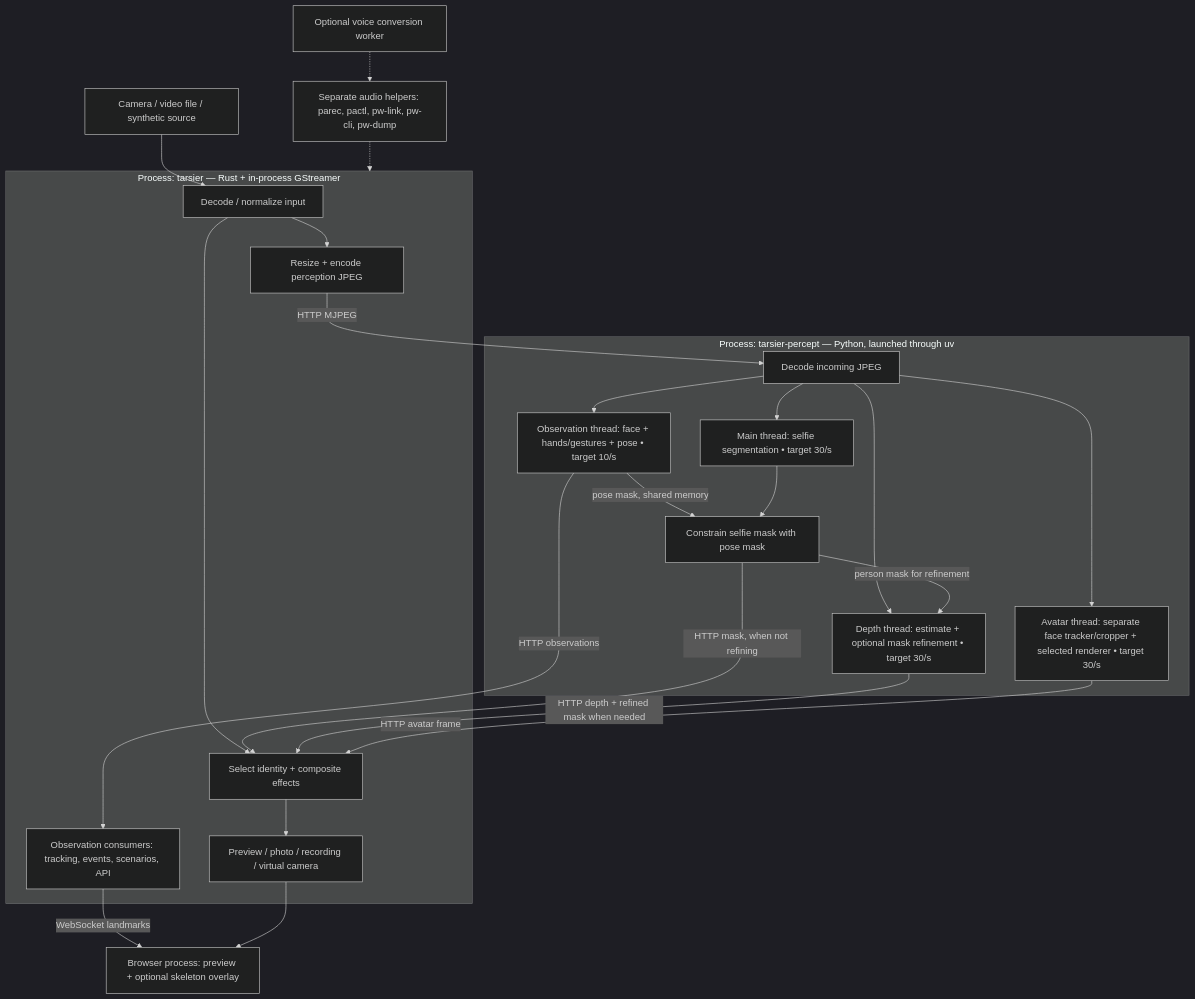
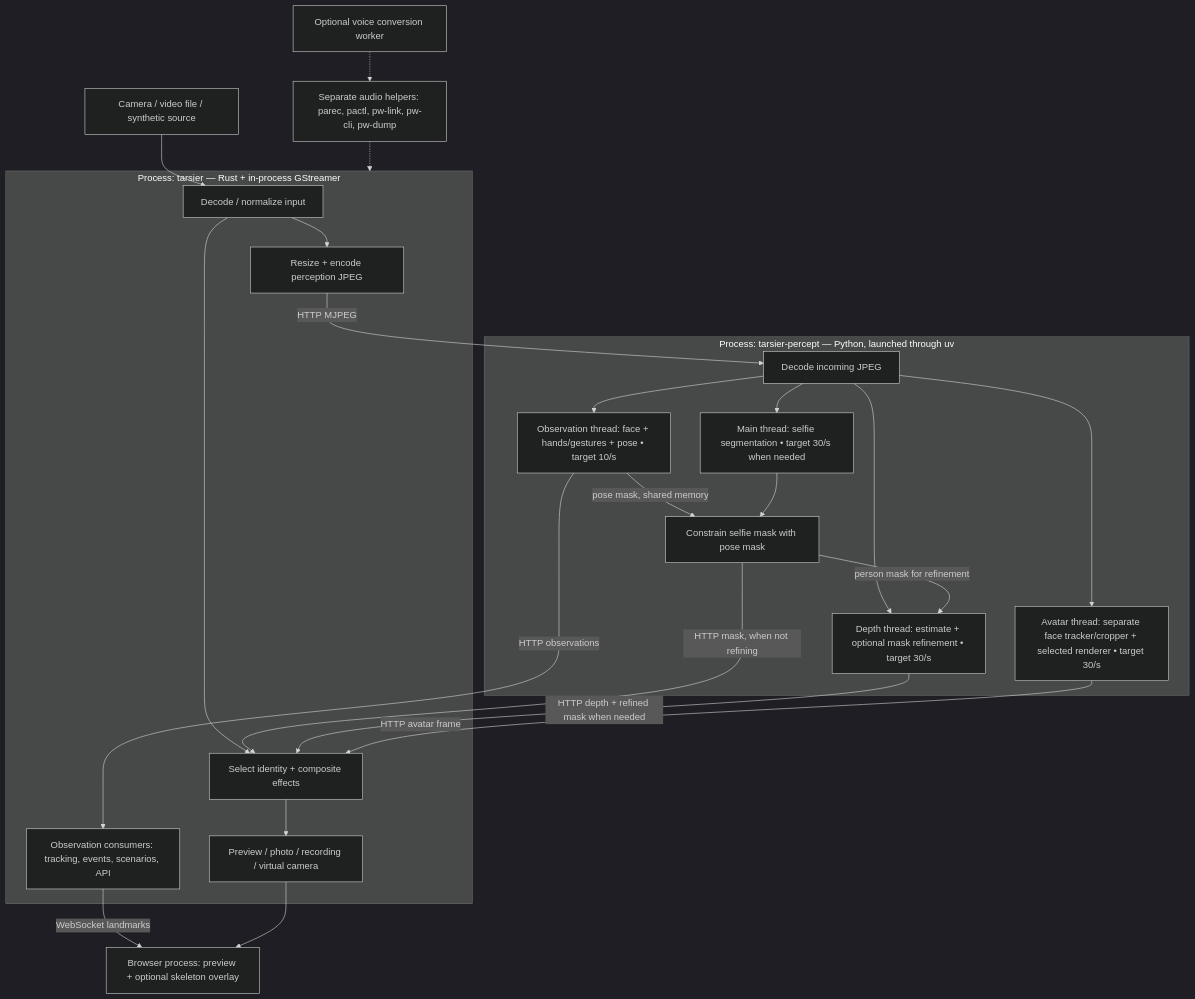
Before and after one commit to dguerizec/tarsier: the first of 2 diagrams in docs/effect-pipelines.md, drawn with Mermaid (dark theme). The commit also changed other lines of this file and 5 other files, not shown here.

First line of the commit message:
perf(perception): suspend unused selfie segmentation

````diff
--- a/docs/effect-pipelines.md
+++ b/docs/effect-pipelines.md
@@ -10,39 +11,39 @@
 ```mermaid
 flowchart TB
     SOURCE["Camera / video file / synthetic source"]
     subgraph DAEMON["Process: tarsier — Rust + in-process GStreamer"]
         CAP["Decode / normalize input"]
         JPEG["Resize + encode perception JPEG"]
         FX["Select identity + composite effects"]
         OUT["Preview / photo / recording / virtual camera"]
         OBS["Observation consumers: tracking, events, scenarios, API"]
     end
     subgraph WORKER["Process: tarsier-percept — Python, launched through uv"]
         DEC["Decode incoming JPEG"]
         DET["Observation thread: face + hands/gestures + pose • target 10/s"]
-        SEG["Main thread: selfie segmentation • target 30/s"]
+        SEG["Main thread: selfie segmentation • target 30/s when needed"]
         MASK["Constrain selfie mask with pose mask"]
         DEP["Depth thread: estimate + optional mask refinement • target 30/s"]
         AV["Avatar thread: separate face tracker/cropper + selected renderer • target 30/s"]
     end
     SOURCE --> CAP
     CAP --> JPEG
     CAP --> FX
     JPEG -->|"HTTP MJPEG"| DEC
     DEC --> DET
     DEC --> SEG
     DET -->|"pose mask, shared memory"| MASK
     SEG --> MASK
     DEC --> DEP
     MASK -->|"person mask for refinement"| DEP
     MASK -->|"HTTP mask, when not refining"| FX
     DEP -->|"HTTP depth + refined mask when needed"| FX
     DEC --> AV
     AV -->|"HTTP avatar frame"| FX
     DET -->|"HTTP observations"| OBS
     OBS -->|"WebSocket landmarks"| UI["Browser process: preview + optional skeleton overlay"]
     FX --> OUT
     OUT --> UI
     AUDIO["Separate audio helpers: parec, pactl, pw-link, pw-cli, pw-dump"] -.-> DAEMON
     VOICE["Optional voice conversion worker"] -.-> AUDIO
 ```
````
